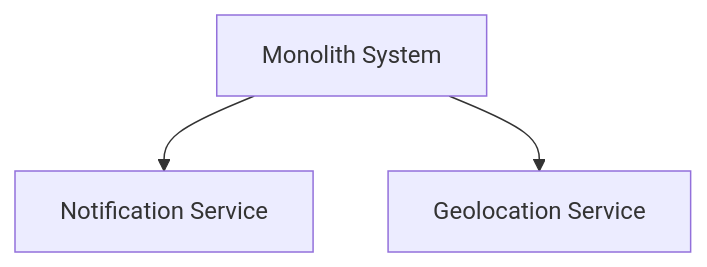
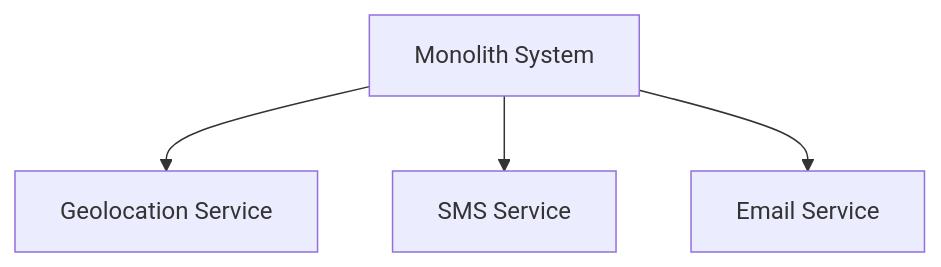
Before and after one commit to jasonribble/veg-finder: the diagram in docs/system-structure.md, drawn with Mermaid.

Commit message:
docs(fix): split notification system
- should be sms and email

````diff
--- a/docs/system-structure.md
+++ b/docs/system-structure.md
@@ -12,5 +12,6 @@
 ```mermaid
 graph TD
-    A[Monolith System] --> B[Notification Service]
-    A --> C[Geolocation Service]
+    A[Monolith System] --> B[Geolocation Service]
+    A --> C[SMS Service]
+    A --> D[Email Service]
 ```
````
